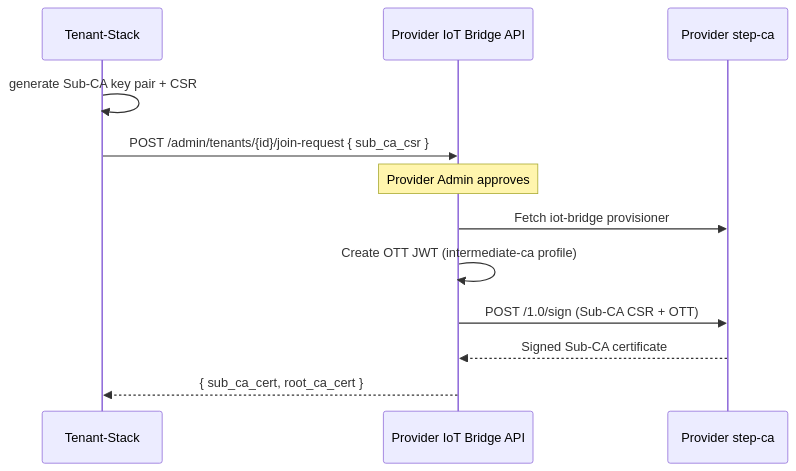
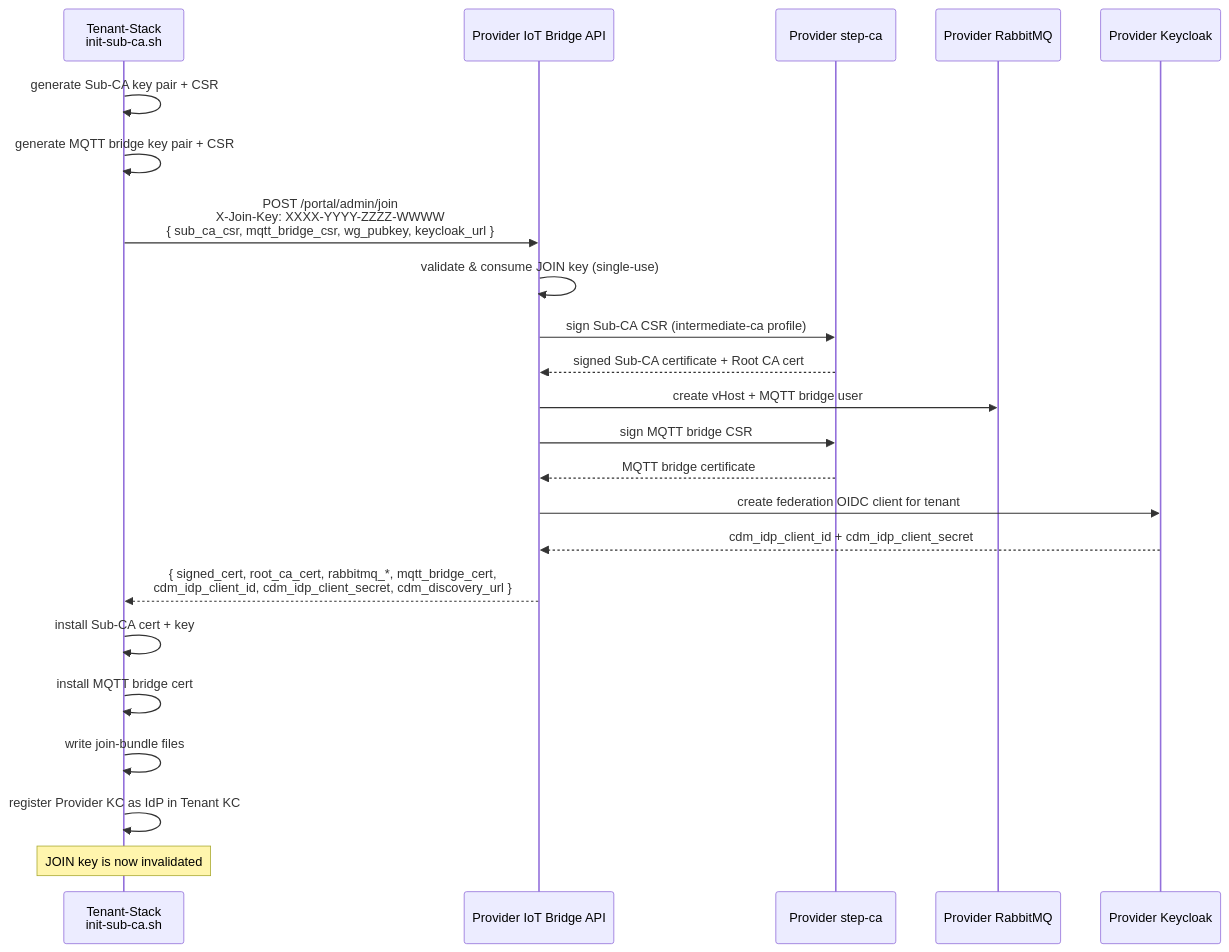
Before and after one commit to the78mole/complete-device-management: the third of 4 diagrams in docs/architecture/pki.md, drawn with Mermaid. The commit also changed other lines of this file and 7 other files, not shown here.

First line of the commit message:
Implement JOIN key-based handshake for tenant onboarding

````diff
--- a/docs/architecture/pki.md
+++ b/docs/architecture/pki.md
@@ -57,15 +75,29 @@
 ```mermaid
 sequenceDiagram
-    participant T as Tenant-Stack
-    participant A as Provider IoT Bridge API
-    participant S as Provider step-ca
+    participant T as Tenant-Stack<br>init-sub-ca.sh
+    participant PA as Provider IoT Bridge API
+    participant SCA as Provider step-ca
+    participant RMQ as Provider RabbitMQ
+    participant KC as Provider Keycloak
 
     T->>T: generate Sub-CA key pair + CSR
-    T->>A: POST /admin/tenants/{id}/join-request { sub_ca_csr }
-    Note over A: Provider Admin approves
-    A->>S: Fetch iot-bridge provisioner
-    A->>A: Create OTT JWT (intermediate-ca profile)
-    A->>S: POST /1.0/sign (Sub-CA CSR + OTT)
-    S-->>A: Signed Sub-CA certificate
-    A-->>T: { sub_ca_cert, root_ca_cert }
+    T->>T: generate MQTT bridge key pair + CSR
+    T->>PA: POST /portal/admin/join<br>X-Join-Key: XXXX-YYYY-ZZZZ-WWWW<br>{ sub_ca_csr, mqtt_bridge_csr, wg_pubkey, keycloak_url }
+
+    PA->>PA: validate & consume JOIN key (single-use)
+    PA->>SCA: sign Sub-CA CSR (intermediate-ca profile)
+    SCA-->>PA: signed Sub-CA certificate + Root CA cert
+    PA->>RMQ: create vHost + MQTT bridge user
+    PA->>SCA: sign MQTT bridge CSR
+    SCA-->>PA: MQTT bridge certificate
+    PA->>KC: create federation OIDC client for tenant
+    KC-->>PA: cdm_idp_client_id + cdm_idp_client_secret
+
+    PA-->>T: { signed_cert, root_ca_cert, rabbitmq_*, mqtt_bridge_cert,<br>cdm_idp_client_id, cdm_idp_client_secret, cdm_discovery_url }
+
+    T->>T: install Sub-CA cert + key
+    T->>T: install MQTT bridge cert
+    T->>T: write join-bundle files
+    T->>T: register Provider KC as IdP in Tenant KC
+    Note over T: JOIN key is now invalidated
 ```
````
